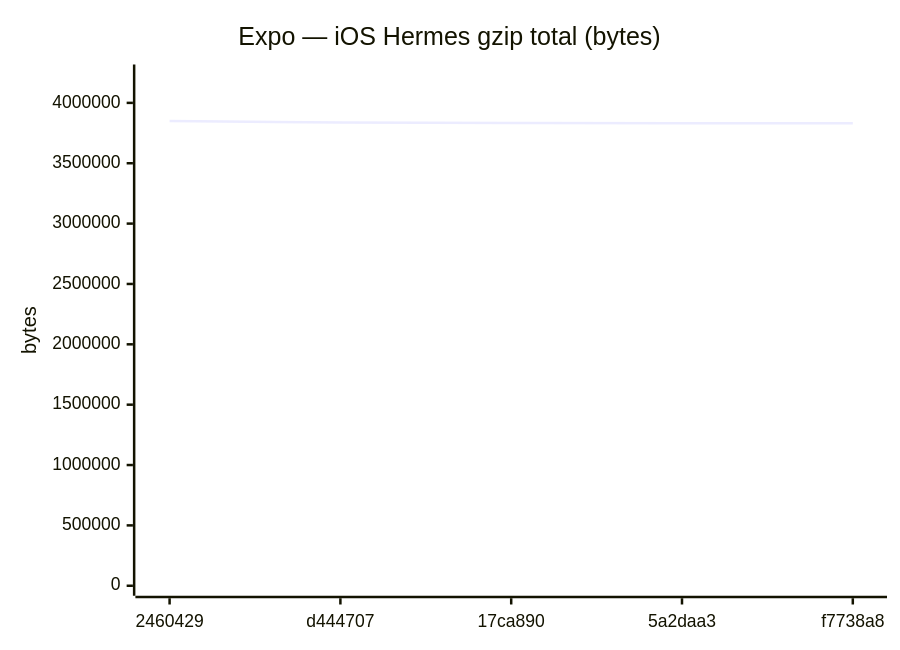
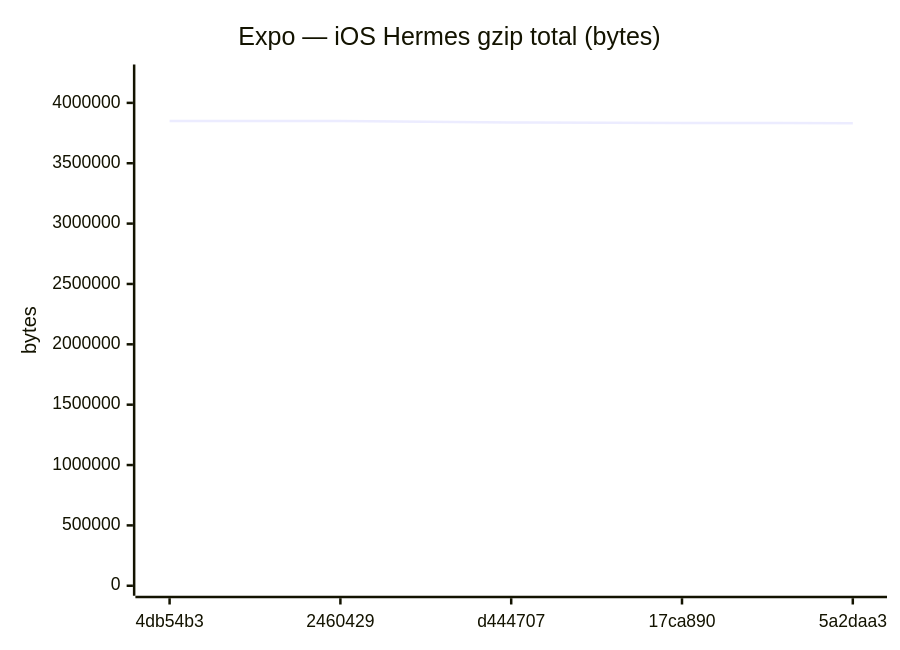
Diagram 12 of 18 in benchmarks/compare.md (Metaheurist/Rianell), drawn with Mermaid before and after one commit. The commit also changed other lines of this file and 11 other files, not shown here.

````diff
--- a/benchmarks/compare.md
+++ b/benchmarks/compare.md
@@ -179,7 +179,7 @@
 ```mermaid
 xychart-beta
     title "Expo — iOS Hermes gzip total (bytes)"
-    x-axis ["2460429", "d444707", "17ca890", "5a2daa3", "f7738a8"]
-    y-axis "bytes" 0 --> 4235115
-    line [3850104, 3837764, 3833771, 3832292, 3830296]
+    x-axis ["4db54b3", "2460429", "d444707", "17ca890", "5a2daa3"]
+    y-axis "bytes" 0 --> 4235116
+    line [3850105, 3850104, 3837764, 3833771, 3832292]
 ```
````
